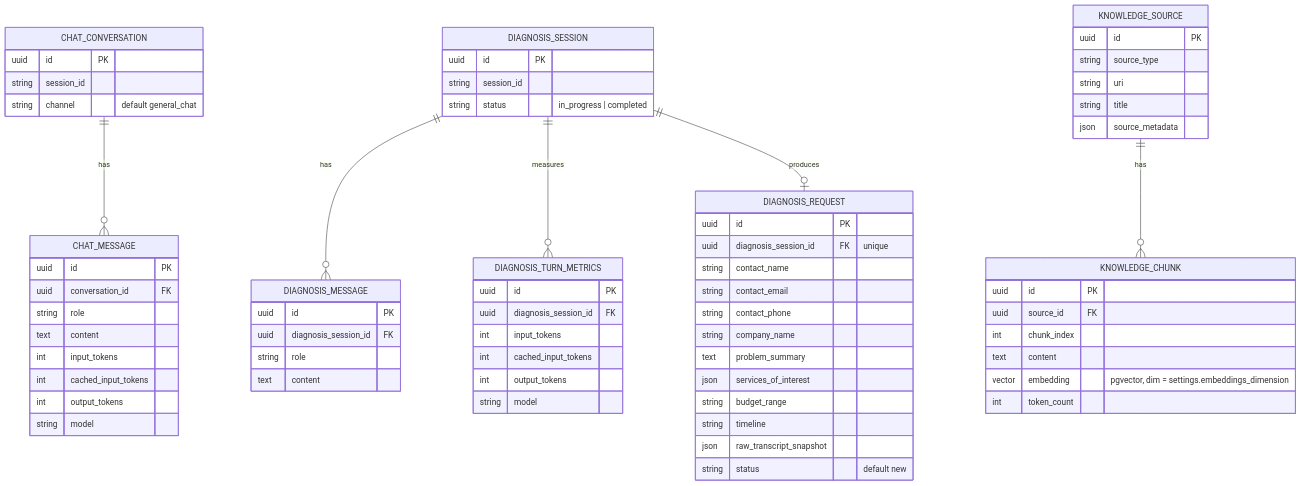
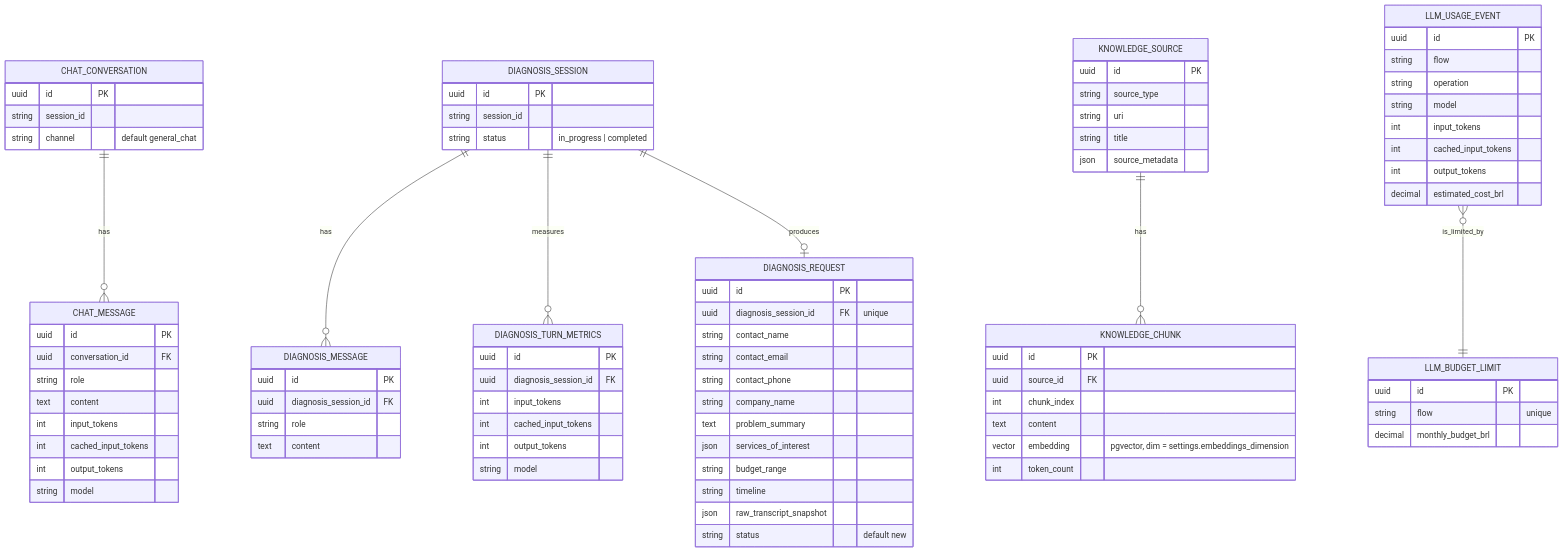
One commit to acidevbutter/butter_mind changed the second of 3 diagrams in README.md. Above: the diagram before and after it, drawn with Mermaid. The commit also changed other lines of this file and 22 other files, not shown here.

Commit message:
feat: enforce monthly LLM budgets by flow

````diff
--- a/README.md
+++ b/README.md
@@ -118,6 +128,7 @@
     DIAGNOSIS_SESSION ||--o{ DIAGNOSIS_TURN_METRICS : measures
     DIAGNOSIS_SESSION ||--o| DIAGNOSIS_REQUEST : produces
     KNOWLEDGE_SOURCE ||--o{ KNOWLEDGE_CHUNK : has
+    LLM_USAGE_EVENT }o--|| LLM_BUDGET_LIMIT : is_limited_by
 
     CHAT_CONVERSATION {
         uuid id PK
@@ -182,4 +193,19 @@
         vector embedding "pgvector, dim = settings.embeddings_dimension"
         int token_count
     }
+    LLM_USAGE_EVENT {
+        uuid id PK
+        string flow
+        string operation
+        string model
+        int input_tokens
+        int cached_input_tokens
+        int output_tokens
+        decimal estimated_cost_brl
+    }
+    LLM_BUDGET_LIMIT {
+        uuid id PK
+        string flow "unique"
+        decimal monthly_budget_brl
+    }
 ```
````
